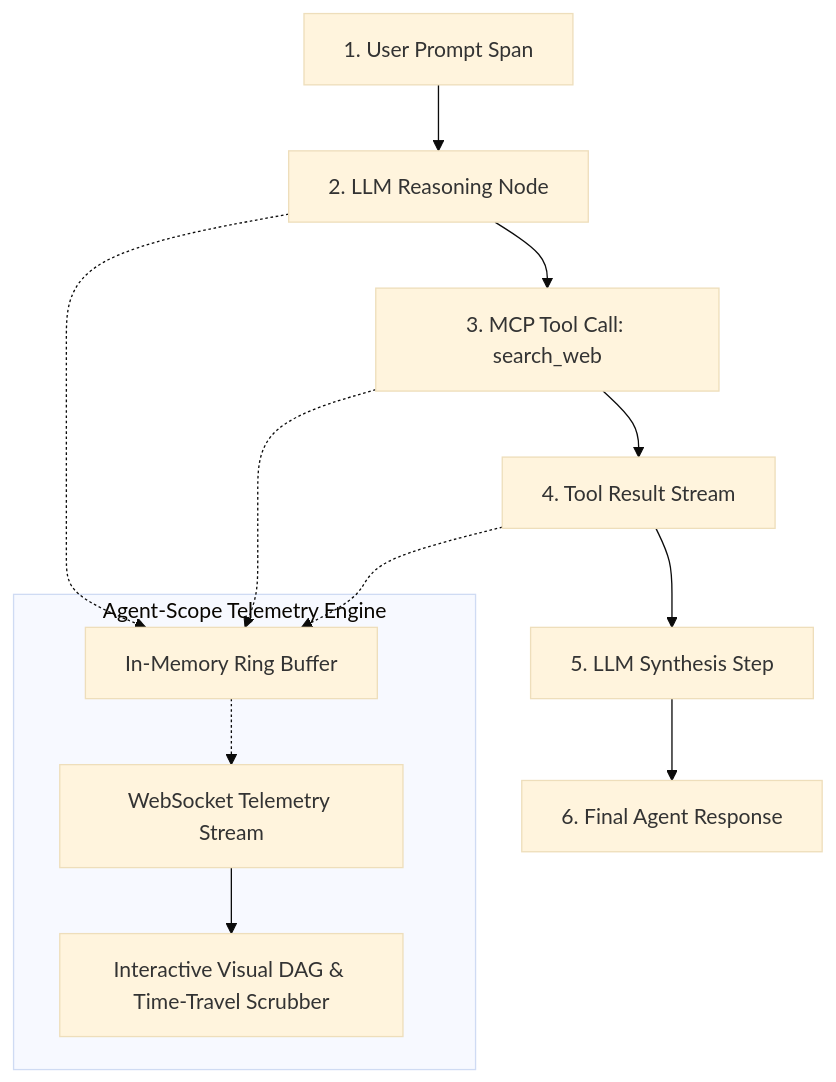
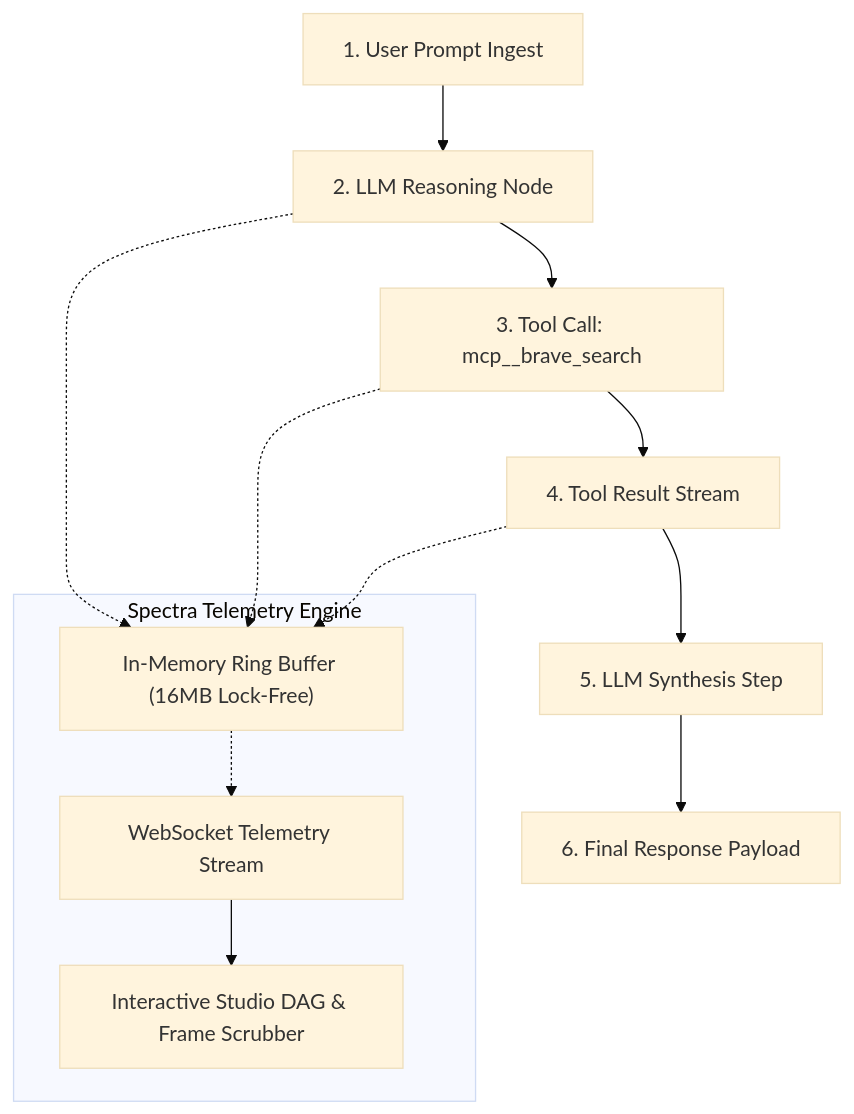
Before and after one commit to bhavukar/agent-scope: the diagram in README.md, drawn with Mermaid (base theme). The commit also changed other lines of this file and 4 other files, not shown here.

Commit message:
feat: redesign spectra as swiss telemetry studio with dual-pane canvas and zero-glow aesthetic

````diff
--- a/README.md
+++ b/README.md
@@ -17,16 +17,16 @@
 ```mermaid
 flowchart TD
-    Prompt[1. User Prompt Span] --> Thought[2. LLM Reasoning Node]
-    Thought --> Tool1[3. MCP Tool Call: search_web]
-    Tool1 --> Result1[4. Tool Result Stream]
-    Result1 --> Thought2[5. LLM Synthesis Step]
-    Thought2 --> Output[6. Final Agent Response]
+    Prompt["1. User Prompt Ingest"] --> Thought["2. LLM Reasoning Node"]
+    Thought --> Tool1["3. Tool Call: mcp__brave_search"]
+    Tool1 --> Result1["4. Tool Result Stream"]
+    Result1 --> Thought2["5. LLM Synthesis Step"]
+    Thought2 --> Output["6. Final Response Payload"]
     
-    subgraph Agent-Scope Telemetry Engine
-        T[In-Memory Ring Buffer] -.-> WSS[WebSocket Telemetry Stream]
-        WSS --> WebUI[Interactive Visual DAG & Time-Travel Scrubber]
+    subgraph Spectra Telemetry Engine
+        T["In-Memory Ring Buffer (16MB Lock-Free)"] -.-> WSS["WebSocket Telemetry Stream"]
+        WSS --> WebUI["Interactive Studio DAG & Frame Scrubber"]
     end
     Thought -.-> T
     Tool1 -.-> T
     Result1 -.-> T
 ```
````
